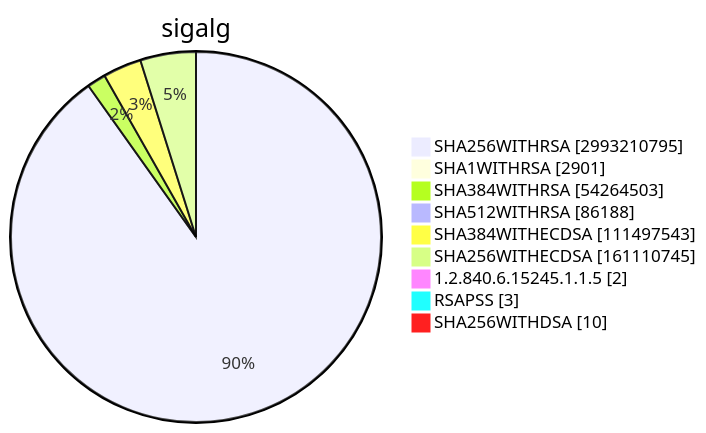
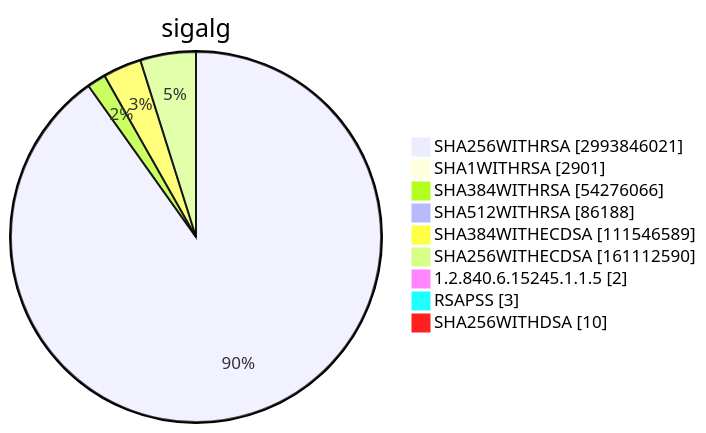
Diagram 15 of 15 in TOTAL/README.md (christiankrug/ctmonitor_visualization), drawn with Mermaid before and after one commit. The commit also changed other lines of this file, not shown here.

````diff
--- a/TOTAL/README.md
+++ b/TOTAL/README.md
@@ -6208,13 +6208,13 @@
 ```mermaid
 pie showData
 title sigalg
-"SHA256WITHRSA" :2993210795
+"SHA256WITHRSA" :2993846021
 "SHA1WITHRSA" :2901
-"SHA384WITHRSA" :54264503
+"SHA384WITHRSA" :54276066
 "SHA512WITHRSA" :86188
-"SHA384WITHECDSA" :111497543
-"SHA256WITHECDSA" :161110745
+"SHA384WITHECDSA" :111546589
+"SHA256WITHECDSA" :161112590
 "1.2.840.6.15245.1.1.5" :2
 "RSAPSS" :3
 "SHA256WITHDSA" :10
 ```
````
